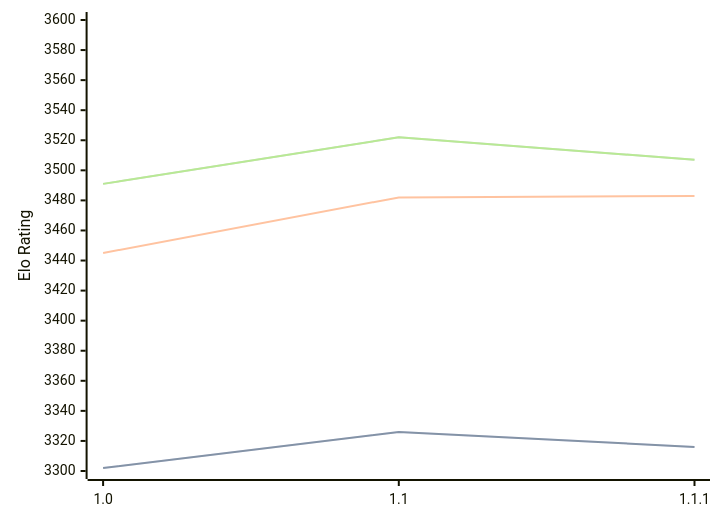
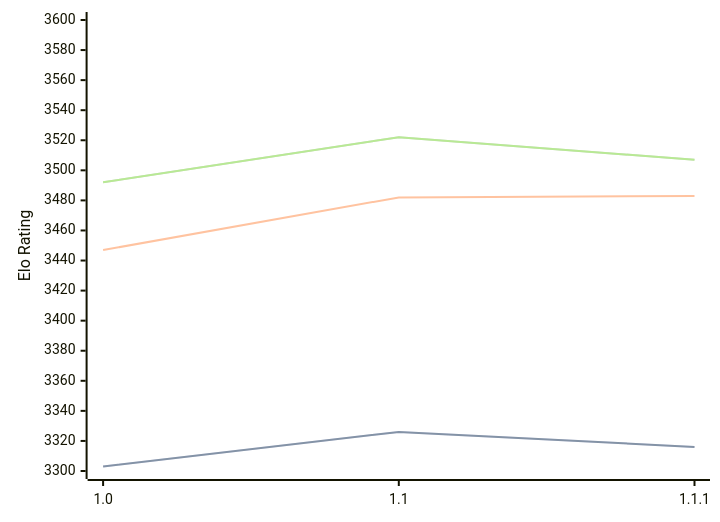
Before and after one commit to computer-chess-index/cci: the diagram in engines/Icarus.md, drawn with Mermaid. The commit also changed other lines of this file, not shown here.

Commit message:
Update CCI Ratings (ELO VLTC) - 2026-07-29

````diff
--- a/engines/Icarus.md
+++ b/engines/Icarus.md
@@ -33,11 +33,11 @@
 ```mermaid
 %%{init: {"theme":"base","themeVariables":{"seriesColors:['#a3a3a3','#222221','#faa371']}}}%%
 xychart-beta
   x-axis ["1.0", "1.1", "1.1.1"]
   y-axis "Elo Rating" 3300 --> 3600
-  line "STC (8.0+0.08s)" [3302, 3326, 3316]
-  line "STC (8.0+0.08s)" [3302, 3326, 3316]
-  line "LTC (60.0+0.60s)" [3445, 3482, 3483]
-  line "VLTC (2m24s+1.12s)" [3491, 3522, 3507]
-  line "VLTC (2m24s+1.12s)" [3491, 3522, 3507]
+  line "STC (8.0+0.08s)" [3303, 3326, 3316]
+  line "STC (8.0+0.08s)" [3303, 3326, 3316]
+  line "LTC (60.0+0.60s)" [3447, 3482, 3483]
+  line "VLTC (2m24s+1.12s)" [3492, 3522, 3507]
+  line "VLTC (2m24s+1.12s)" [3492, 3522, 3507]
 ```
````
